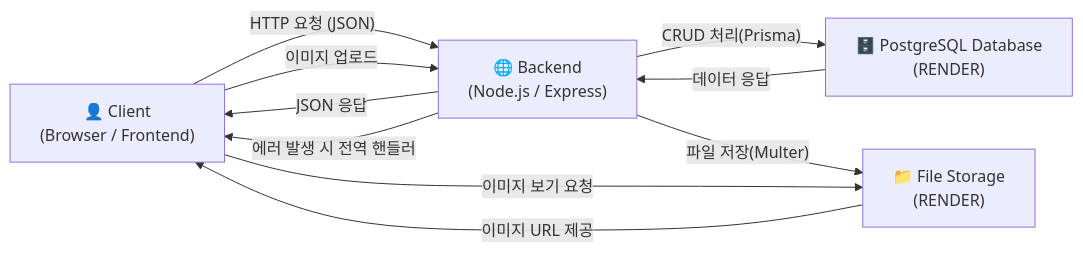
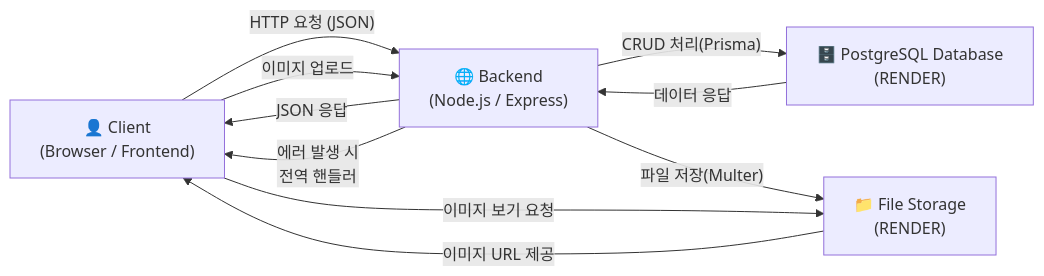
The third of 3 diagrams in README.md (chamysj/codeit-node6th-git), drawn with Mermaid before and after one commit. The commit also changed other lines of this file, not shown here.

Commit message:
Refactor mermaid diagrams in README.md

````diff
--- a/README.md
+++ b/README.md
@@ -45,29 +45,30 @@
 ```mermaid
 graph LR
     Client["👤 Client
     (Browser / Frontend)"]
 
     Server["🌐 Backend
     (Node.js / Express)"]
     DB["🗄️ PostgreSQL Database
     (RENDER)"]
     Storage["📁 File Storage
     (RENDER)"]
 
     %% 일반 API 요청 흐름
     Client -->|"HTTP 요청 (JSON)"| Server
     Server -->|"CRUD 처리(Prisma)"| DB
     DB -->|"데이터 응답"| Server
     Server -->|"JSON 응답"| Client
 
     %% 이미지 업로드 흐름
     Client -->|"이미지 업로드"| Server
     Server -->|"파일 저장(Multer)"| Storage
     Storage -->|"이미지 URL 제공"| Client
 
     %% 정적 파일 제공
     Client -->|"이미지 보기 요청"| Storage
 
     %% 에러 처리
-    Server -->|"에러 발생 시 전역 핸들러"| Client
+    Server -->|"에러 발생 시
+    전역 핸들러"| Client
 ```
````
